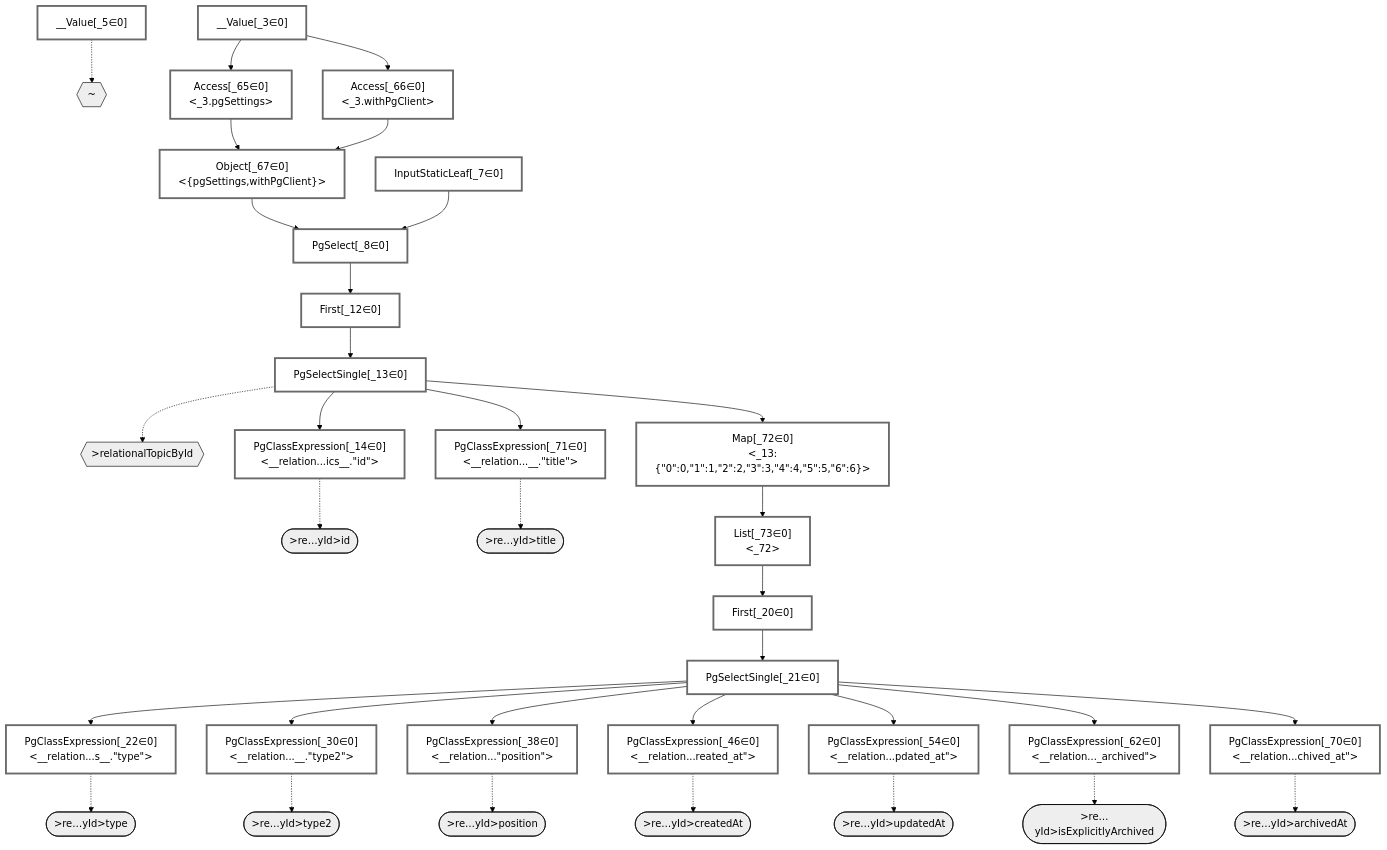
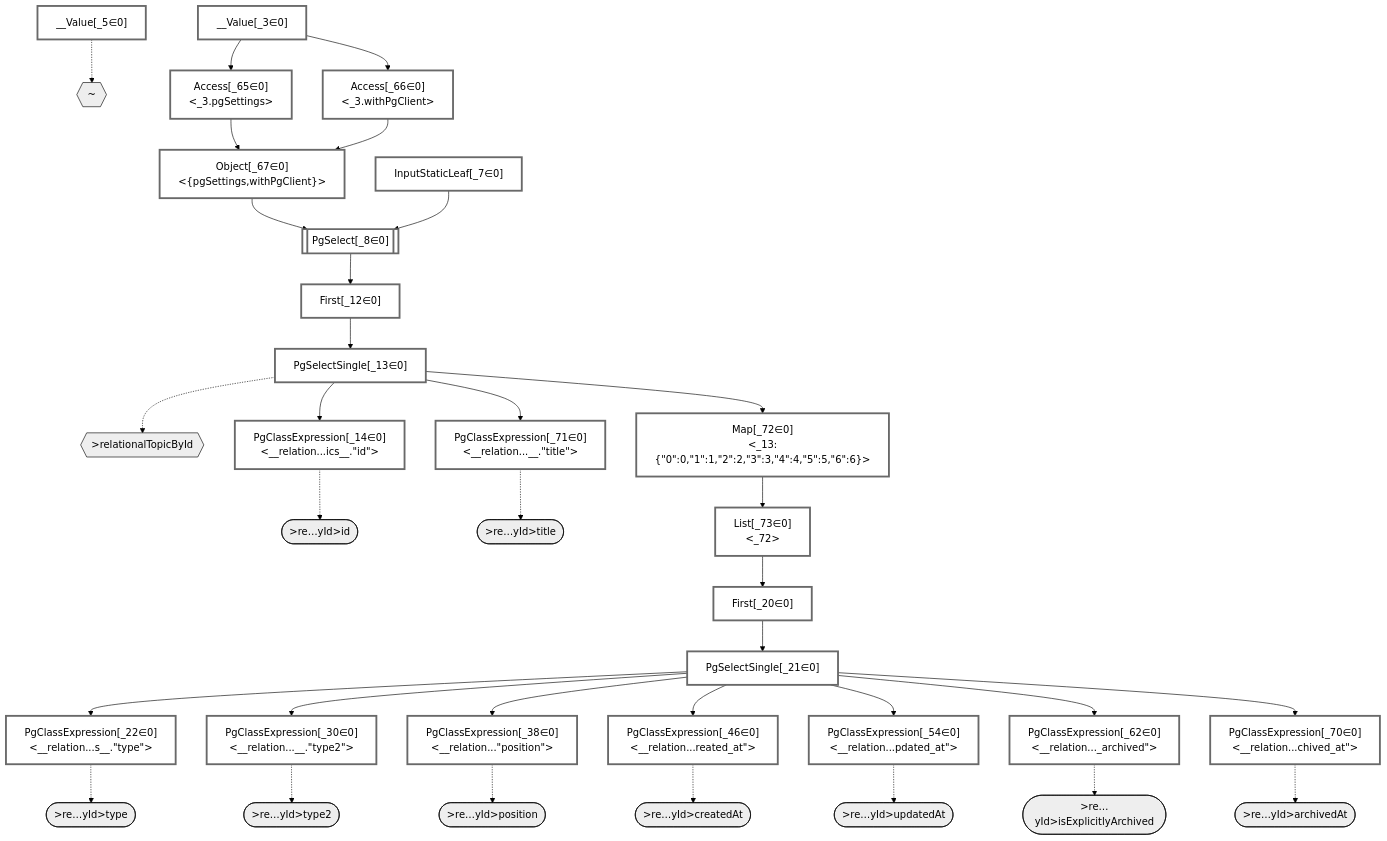
The diagram in packages/dataplan-pg/__tests__/queries/interfaces-relational/single-topic.deopt.mermaid.md (graphile/crystal), drawn with Mermaid (forest theme) before and after one commit. The commit also changed 195 other files, not shown here.

```diff
--- a/packages/dataplan-pg/__tests__/queries/interfaces-relational/single-topic.deopt.mermaid.md
+++ b/packages/dataplan-pg/__tests__/queries/interfaces-relational/single-topic.deopt.mermaid.md
@@ -33,7 +33,7 @@
     __Value_3["__Value[_3∈0]<br /><context>"]:::plan
     __Value_5["__Value[_5∈0]<br /><rootValue>"]:::plan
     InputStaticLeaf_7["InputStaticLeaf[_7∈0]"]:::plan
-    PgSelect_8["PgSelect[_8∈0]<br /><relational_topics>"]:::plan
+    PgSelect_8[["PgSelect[_8∈0]<br /><relational_topics>"]]:::plan
     First_12["First[_12∈0]"]:::plan
     PgSelectSingle_13["PgSelectSingle[_13∈0]<br /><relational_topics>"]:::plan
     PgClassExpression_14["PgClassExpression[_14∈0]<br /><__relation...ics__.#quot;id#quot;>"]:::plan
```
